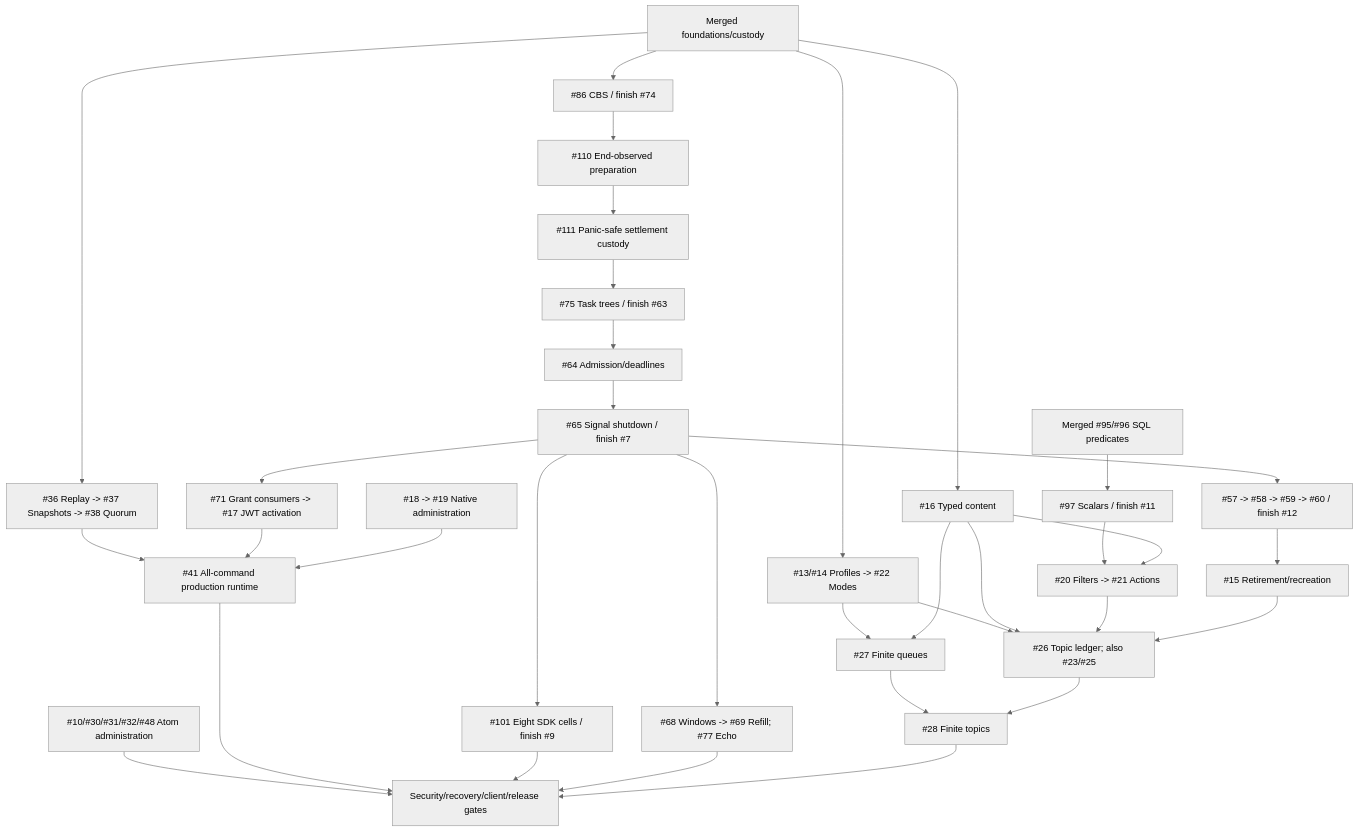
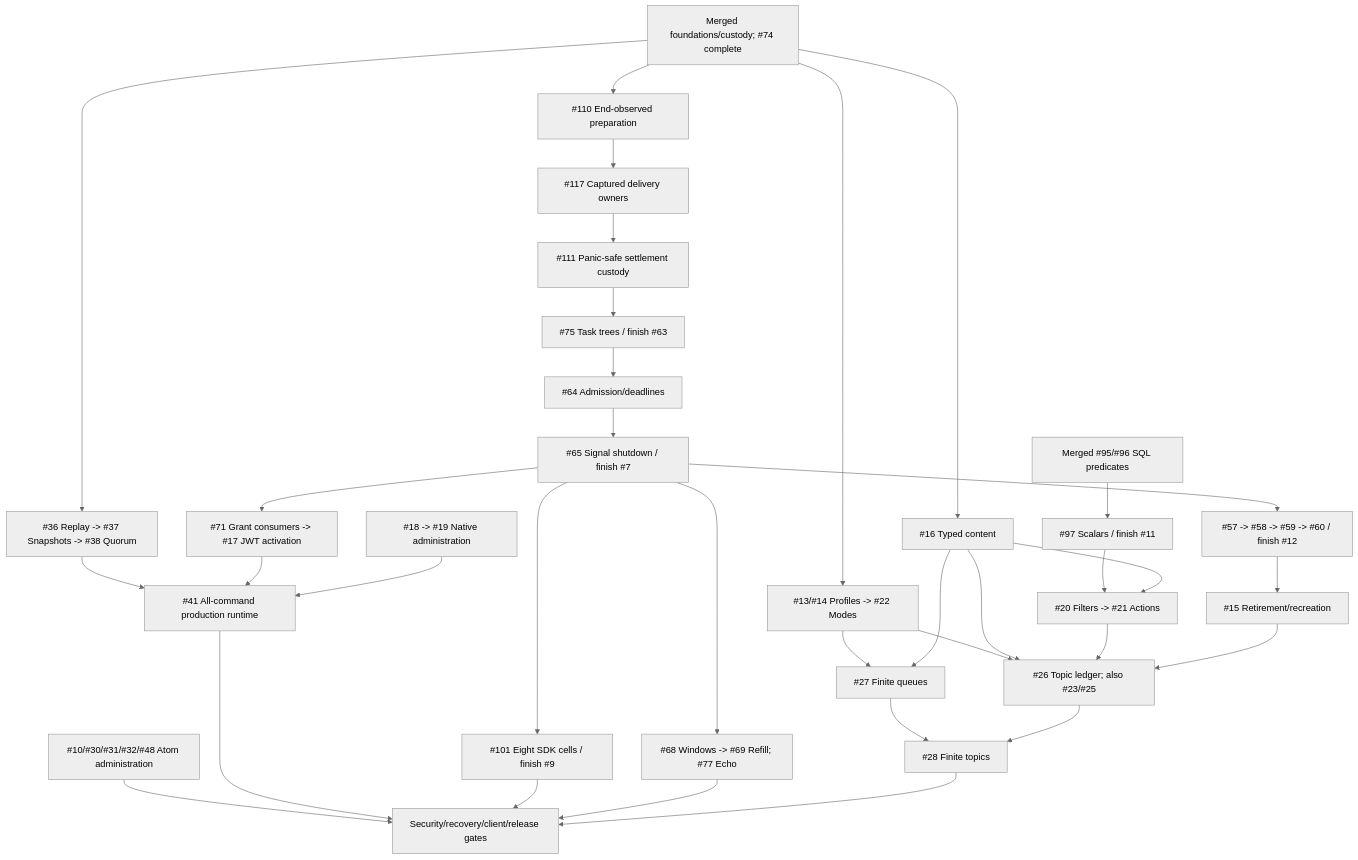
Before and after one commit to DeandreT/switchyard: the diagram in docs/roadmap.md, drawn with Mermaid (neutral theme). The commit also changed other lines of this file and 6 other files, not shown here.

````diff
--- a/docs/roadmap.md
+++ b/docs/roadmap.md
@@ -68,36 +69,36 @@
 ```mermaid
 flowchart TD
-    Main["Merged foundations/custody"] --> CBS["#86 CBS / finish #74"]
-    CBS --> Prep["#110 End-observed preparation"]
-    Prep --> Panic["#111 Panic-safe settlement custody"]
+    Main["Merged foundations/custody; #74 complete"] --> Prep["#110 End-observed preparation"]
+    Prep --> Delivery["#117 Captured delivery owners"]
+    Delivery --> Panic["#111 Panic-safe settlement custody"]
     Panic --> Trees["#75 Task trees / finish #63"]
     Trees --> Admission["#64 Admission/deadlines"]
     Admission --> Signals["#65 Signal shutdown / finish #7"]
     Signals --> Authority["#57 -> #58 -> #59 -> #60 / finish #12"]
     Authority --> Delete["#15 Retirement/recreation"]
     Signals --> Grants["#71 Grant consumers -> #17 JWT activation"]
     Signals --> Matrix["#101 Eight SDK cells / finish #9"]
     Signals --> Windows["#68 Windows -> #69 Refill; #77 Echo"]
     Main --> Profiles["#13/#14 Profiles -> #22 Modes"]
     Main --> Content["#16 Typed content"]
     Kernel["Merged #95/#96 SQL predicates"] --> SQL["#97 Scalars / finish #11"]
     SQL --> Rules["#20 Filters -> #21 Actions"]
     Content --> Rules
     Profiles --> Queue["#27 Finite queues"]
     Content --> Queue
     Profiles --> Ledger["#26 Topic ledger; also #23/#25"]
     Content --> Ledger
     Rules --> Ledger
     Delete --> Ledger
     Queue --> Topic["#28 Finite topics"]
     Ledger --> Topic
     Main --> Log["#36 Replay -> #37 Snapshots -> #38 Quorum"]
     Log --> Runtime["#41 All-command production runtime"]
     Grants --> Runtime
     Admin["#18 -> #19 Native administration"] --> Runtime
     Atom["#10/#30/#31/#32/#48 Atom administration"] --> Gates
     Runtime --> Gates["Security/recovery/client/release gates"]
     Matrix --> Gates
     Windows --> Gates
     Topic --> Gates
 ```
````
